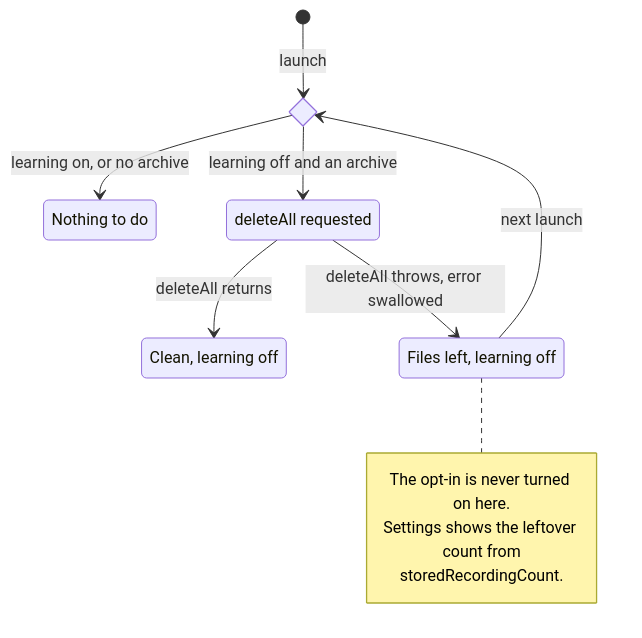
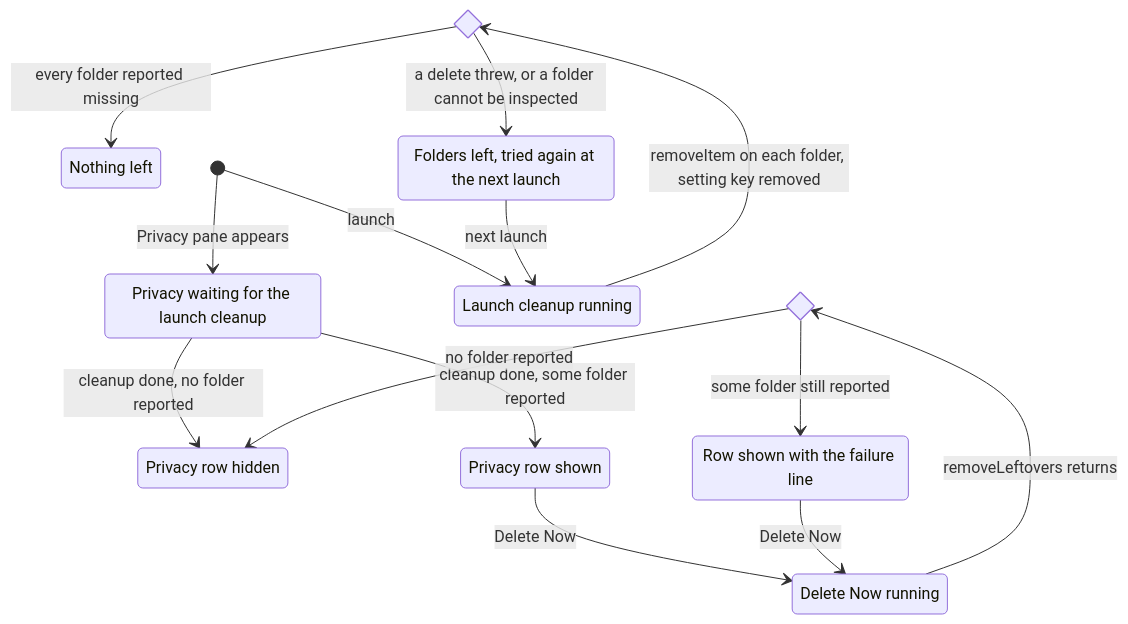
One commit to rafaelkupper/syrup changed diagram 26 of 26 in docs/state-machines/speech-learning.md. Above: the diagram before and after it, drawn with Mermaid. The commit also changed other lines of this file and 4 other files, not shown here.

````diff
--- a/docs/state-machines/speech-learning.md
+++ b/docs/state-machines/speech-learning.md
@@ -1788,19 +1305,26 @@
 ```mermaid
 stateDiagram-v2
-    state Guard <<choice>>
-    state "Nothing to do" as NoAction
-    state "deleteAll requested" as Cleaning
-    state "Clean, learning off" as CleanOff
-    state "Files left, learning off" as ResidualOff
-    [*] --> Guard: launch
-    Guard --> NoAction: learning on, or no archive
-    Guard --> Cleaning: learning off and an archive
-    Cleaning --> CleanOff: deleteAll returns
-    Cleaning --> ResidualOff: deleteAll throws, error swallowed
-    ResidualOff --> Guard: next launch
-    note right of ResidualOff
-        The opt-in is never turned on here.
-        Settings shows the leftover count from
-        storedRecordingCount.
-    end note
+    state LaunchResult <<choice>>
+    state DeleteResult <<choice>>
+    state "Launch cleanup running" as Cleaning
+    state "Nothing left" as Clean
+    state "Folders left, tried again at the next launch" as Left
+    state "Privacy waiting for the launch cleanup" as Waiting
+    state "Privacy row hidden" as Hidden
+    state "Privacy row shown" as Shown
+    state "Delete Now running" as Deleting
+    state "Row shown with the failure line" as ShownFailed
+    [*] --> Cleaning: launch
+    Cleaning --> LaunchResult: removeItem on each folder, setting key removed
+    LaunchResult --> Clean: every folder reported missing
+    LaunchResult --> Left: a delete threw, or a folder cannot be inspected
+    Left --> Cleaning: next launch
+    [*] --> Waiting: Privacy pane appears
+    Waiting --> Hidden: cleanup done, no folder reported
+    Waiting --> Shown: cleanup done, some folder reported
+    Shown --> Deleting: Delete Now
+    ShownFailed --> Deleting: Delete Now
+    Deleting --> DeleteResult: removeLeftovers returns
+    DeleteResult --> Hidden: no folder reported
+    DeleteResult --> ShownFailed: some folder still reported
 ```
````
